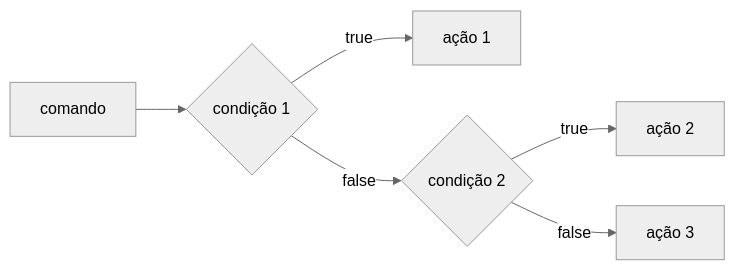
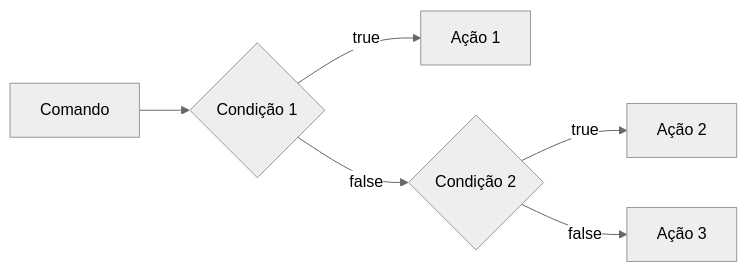
One commit to evelynmunhoz/backend changed the fourth of 8 diagrams in README.md. Above: the diagram before and after it, drawn with Mermaid (neutral theme). The commit also changed other lines of this file and 12 other files, not shown here.

````diff
--- a/README.md
+++ b/README.md
@@ -249,10 +254,10 @@
 ```mermaid
 
 graph LR
-    A[comando] --> B{condição 1}
-    B --> |true| C[ação 1]
-    B --> |false| D{condição 2}
-    D --> |true| E[ação 2]
-    D --> |false| F[ação 3] 
+    A[Comando] --> B{Condição 1}
+    B --> |true| C[Ação 1]
+    B --> |false| D{Condição 2}
+    D --> |true| E[Ação 2]
+    D --> |false| F[Ação 3]
 
-  ```
+```
````
